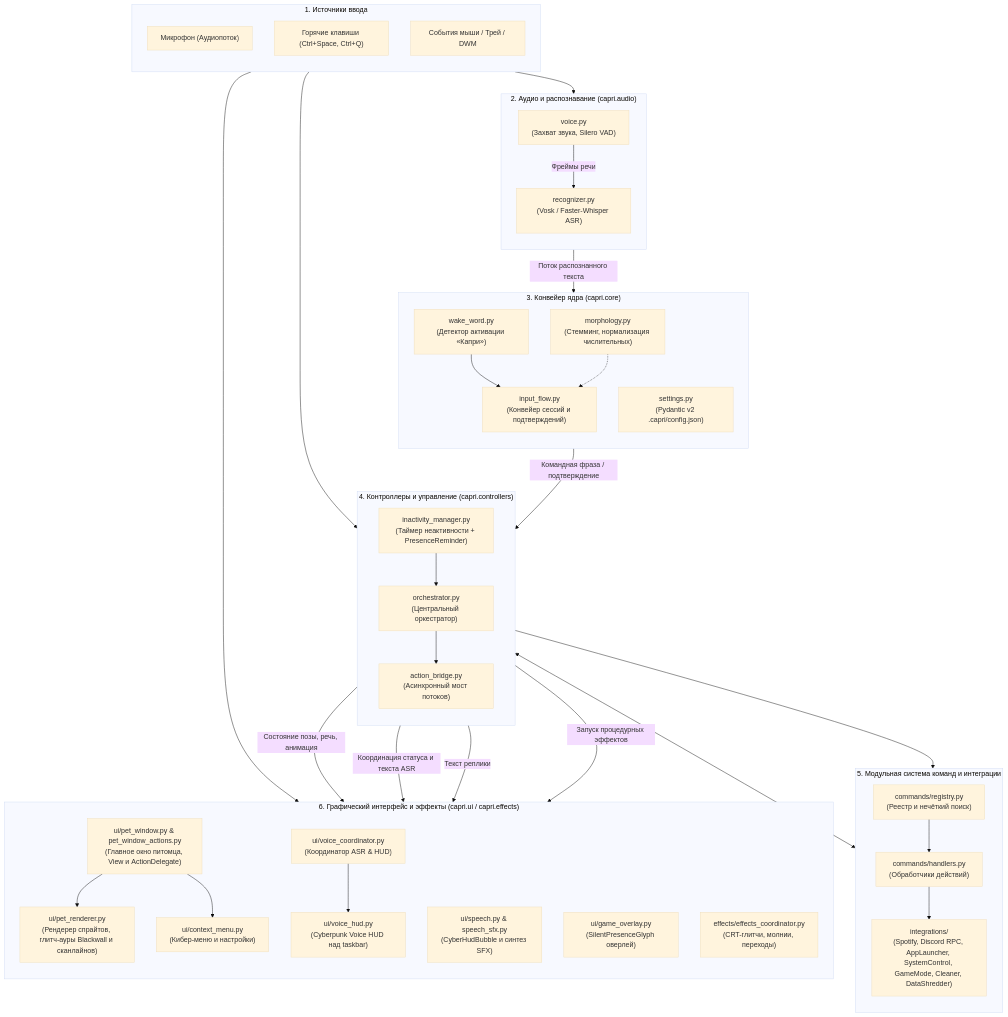
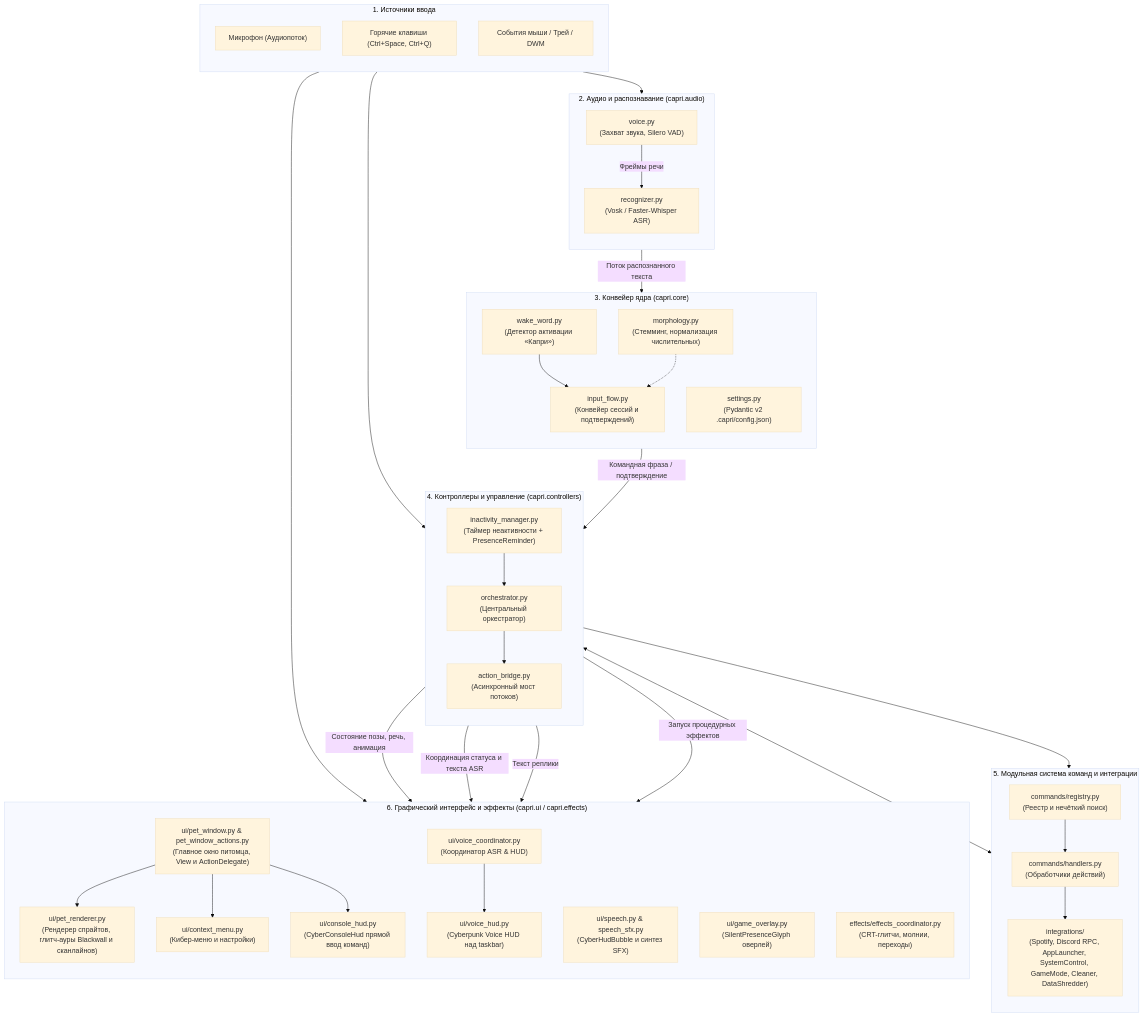
Before and after one commit to xTerionsilker/CapriPet-Python: the first of 3 diagrams in docs/architecture.md, drawn with Mermaid (base theme). The commit also changed 10 other files, not shown here.

Commit message:
feat(ui): add movable Cyber HUD console for direct command input

```diff
--- a/docs/architecture.md
+++ b/docs/architecture.md
@@ -61,6 +61,7 @@
         PetWindow["ui/pet_window.py & pet_window_actions.py<br/>(Главное окно питомца, View и ActionDelegate)"]
         PetRenderer["ui/pet_renderer.py<br/>(Рендерер спрайтов, глитч-ауры Blackwall и сканлайнов)"]
         ContextMenu["ui/context_menu.py<br/>(Кибер-меню и настройки)"]
+        ConsoleHUD["ui/console_hud.py<br/>(CyberConsoleHud прямой ввод команд)"]
         VoiceCoord["ui/voice_coordinator.py<br/>(Координатор ASR & HUD)"]
         VoiceHUD["ui/voice_hud.py<br/>(Cyberpunk Voice HUD над taskbar)"]
         SpeechHUD["ui/speech.py & speech_sfx.py<br/>(CyberHudBubble и синтез SFX)"]
@@ -69,6 +70,7 @@
 
         PetWindow --> PetRenderer
         PetWindow --> ContextMenu
+        PetWindow --> ConsoleHUD
         VoiceCoord --> VoiceHUD
     end
 
```
